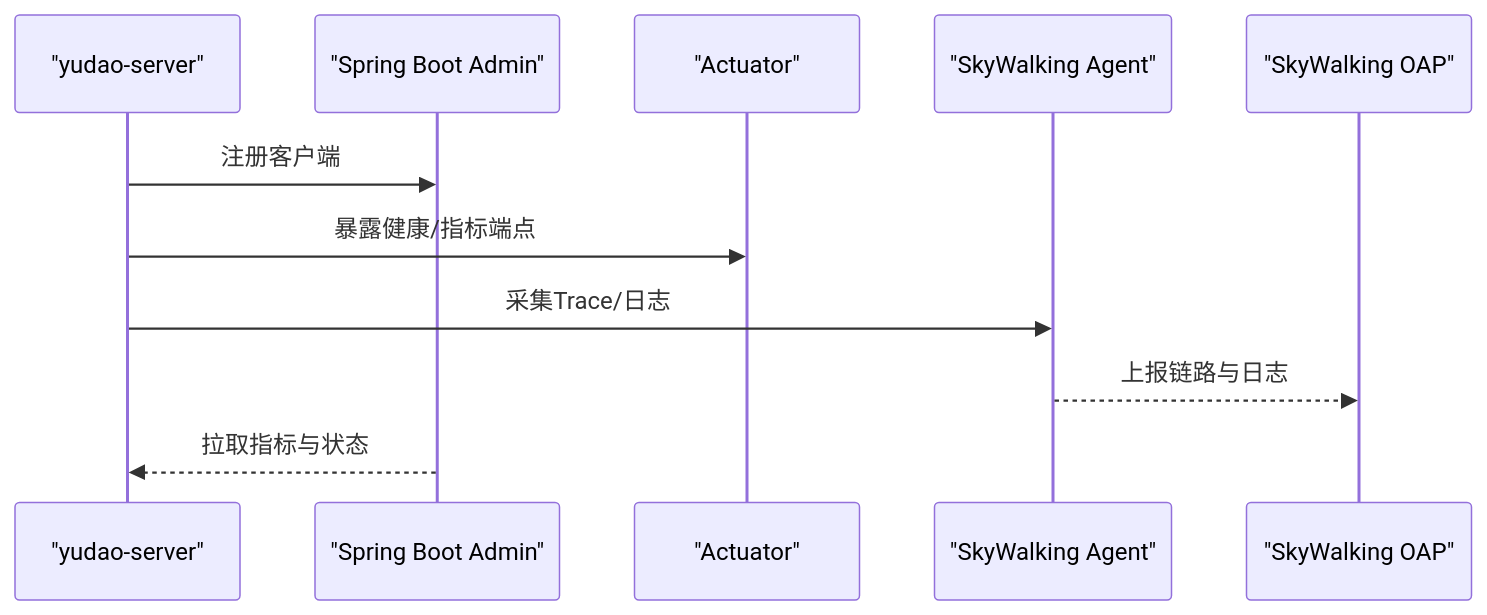
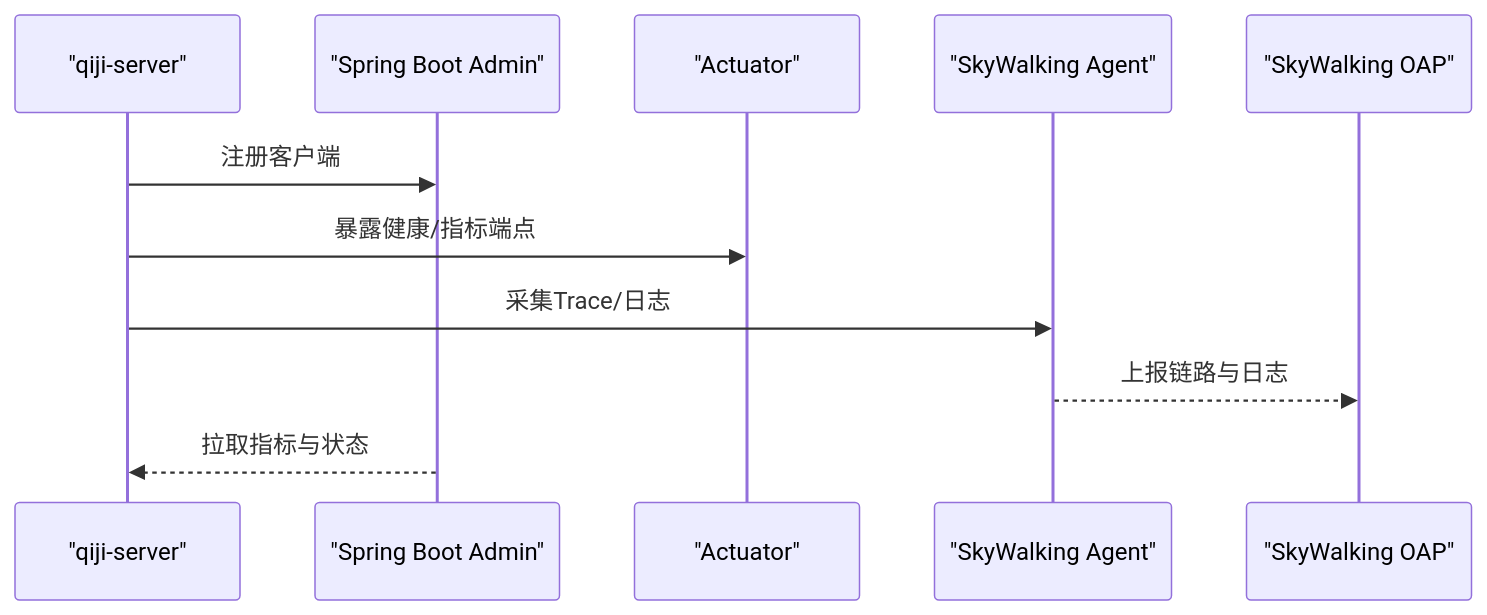
Before and after one commit to zhuangpengLI/AgenticCPS: the fifth of 6 diagrams in backend/.qoder/repowiki/zh/content/部署与运维/部署与运维.md, drawn with Mermaid. The commit also changed other lines of this file and 3489 other files, not shown here.

````diff
--- a/backend/.qoder/repowiki/zh/content/部署与运维/部署与运维.md
+++ b/backend/.qoder/repowiki/zh/content/部署与运维/部署与运维.md
@@ -249,13 +249,13 @@
 ```mermaid
 sequenceDiagram
-participant S as "yudao-server"
+participant S as "qiji-server"
 participant A as "Spring Boot Admin"
 participant Ac as "Actuator"
 participant Sw as "SkyWalking Agent"
 participant Oap as "SkyWalking OAP"
 S->>A : 注册客户端
 S->>Ac : 暴露健康/指标端点
 S->>Sw : 采集Trace/日志
 Sw-->>Oap : 上报链路与日志
 A-->>S : 拉取指标与状态
 ```
````
